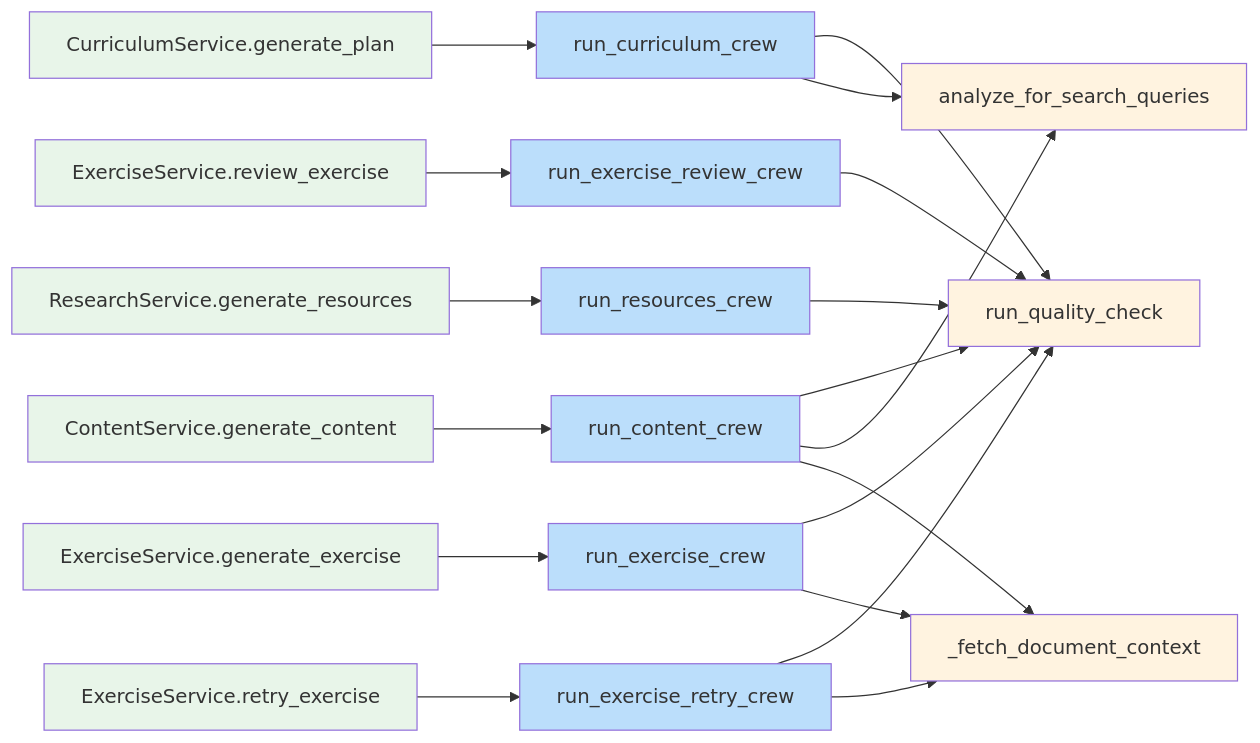
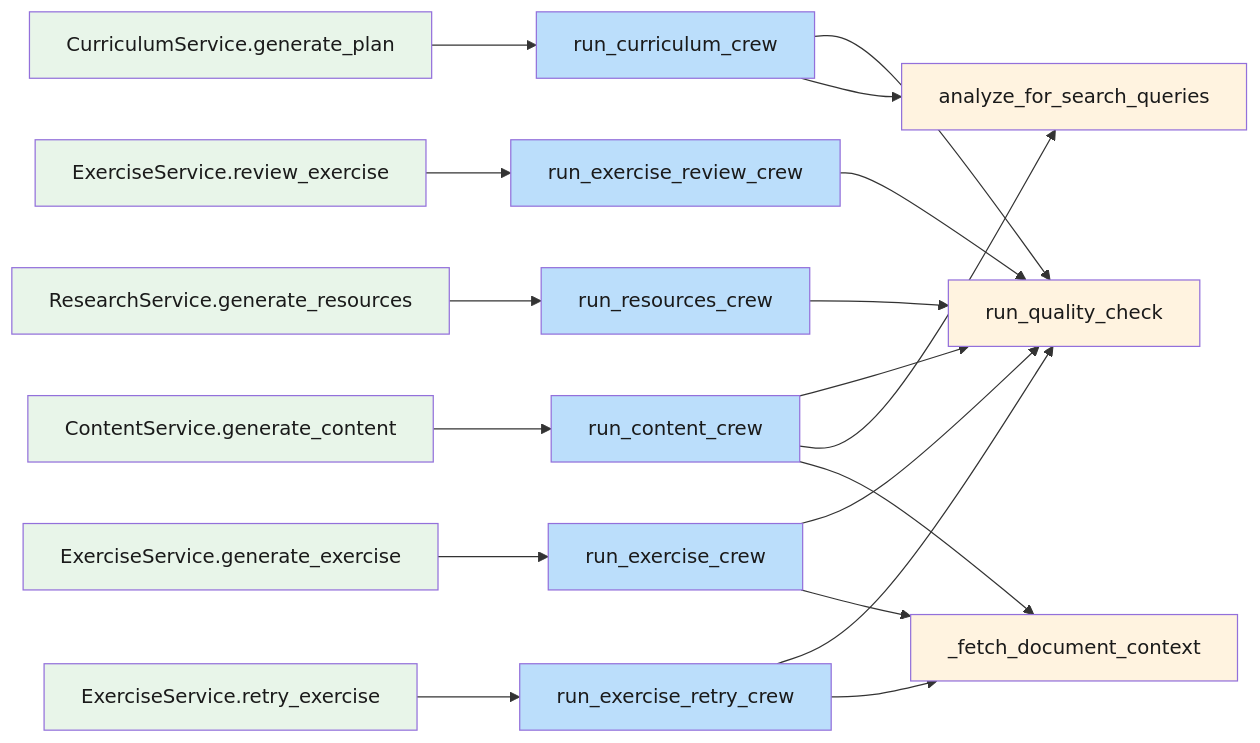
The first of 4 diagrams in diagrams/ai/03-services-and-crews.md (Dockdep/LessonHub), drawn with Mermaid before and after one commit. The commit also changed 26 other files, not shown here.

````diff
--- a/diagrams/ai/03-services-and-crews.md
+++ b/diagrams/ai/03-services-and-crews.md
@@ -7,26 +7,26 @@
 ```mermaid
 flowchart LR
-  classDef svc fill:#e8f5e9
-  classDef crew fill:#bbdefb
-  classDef helper fill:#fff3e0
+  classDef svc fill:#e8f5e9,color:#1a1a1a
+  classDef crew fill:#bbdefb,color:#1a1a1a
+  classDef helper fill:#fff3e0,color:#1a1a1a
 
   cur[CurriculumService.generate_plan]:::svc --> cur_c[run_curriculum_crew]:::crew
   con[ContentService.generate_content]:::svc --> con_c[run_content_crew]:::crew
   ex_g[ExerciseService.generate_exercise]:::svc --> ex_c[run_exercise_crew]:::crew
   ex_r[ExerciseService.retry_exercise]:::svc --> ex_rc[run_exercise_retry_crew]:::crew
   ex_v[ExerciseService.review_exercise]:::svc --> rev_c[run_exercise_review_crew]:::crew
   res[ResearchService.generate_resources]:::svc --> res_c[run_resources_crew]:::crew
 
   cur_c --> qc[run_quality_check]:::helper
   con_c --> qc
   ex_c --> qc
   ex_rc --> qc
   rev_c --> qc
   res_c --> qc
 
   cur_c --> fa[analyze_for_search_queries]:::helper
   con_c --> fa
   con_c --> _fdc[_fetch_document_context]:::helper
   ex_c --> _fdc
   ex_rc --> _fdc
 ```
````
